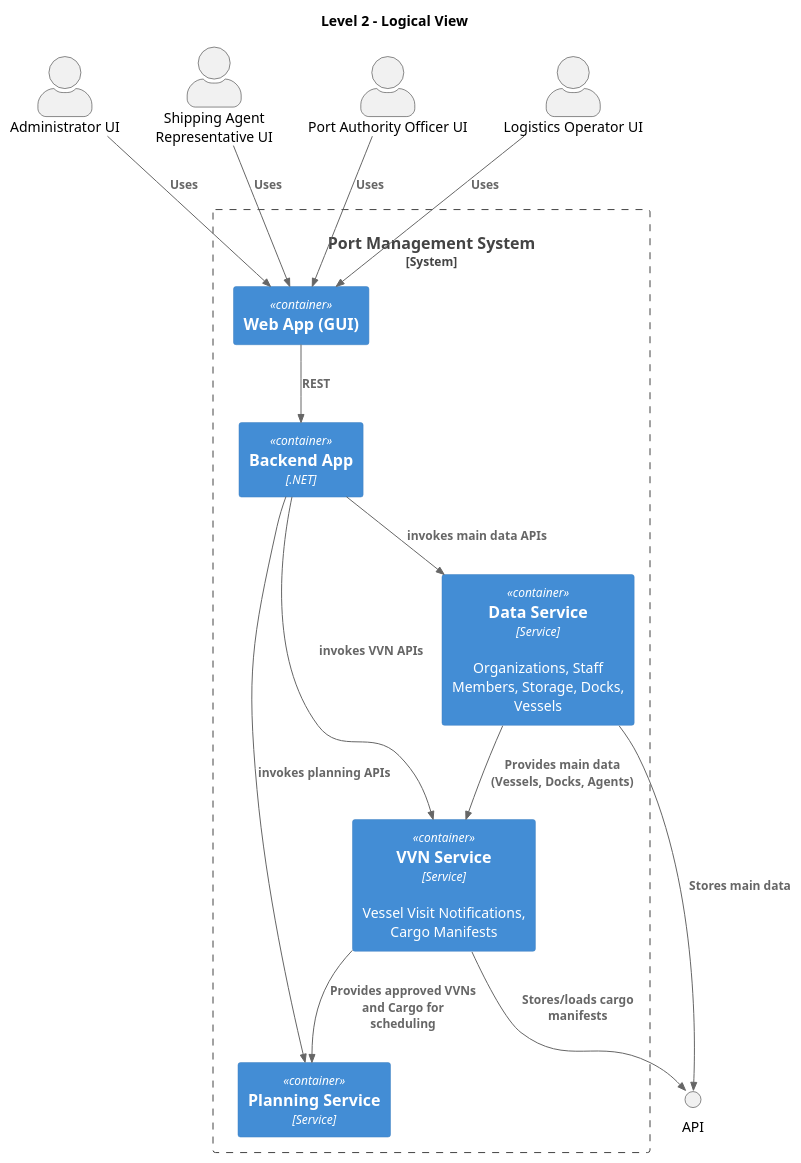
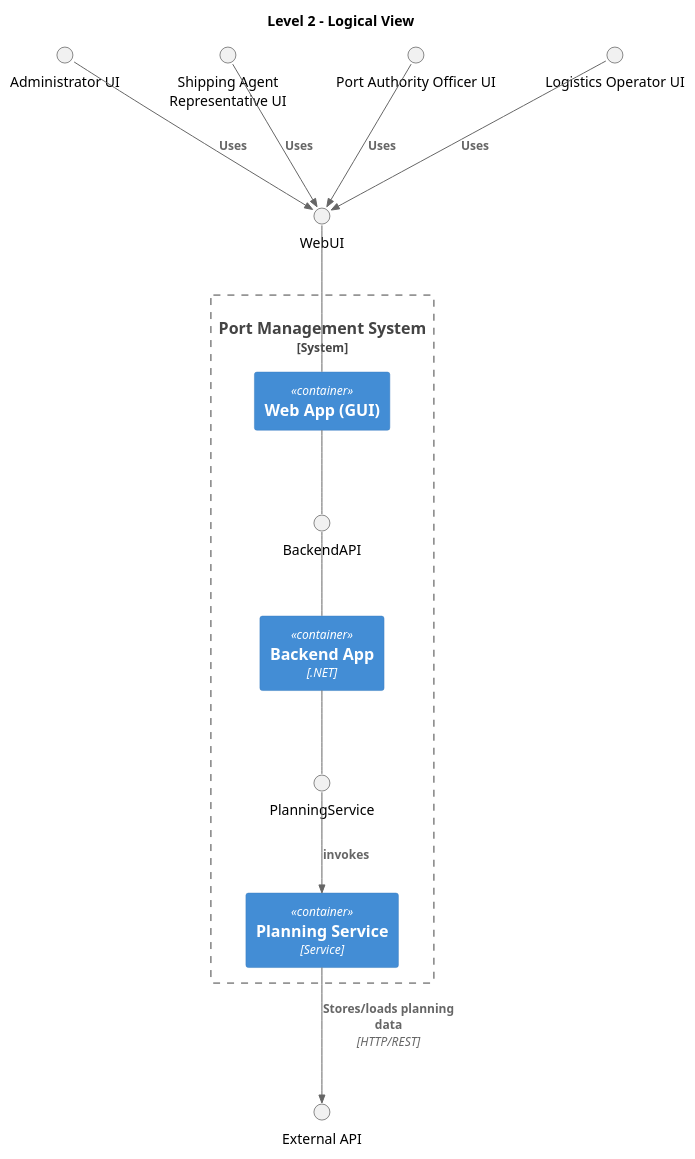
Before and after one commit to Departamento-de-Engenharia-Informatica/LEI-SEM5-PI-2025-26-3DK-04: the diagram in docs/sprint1/level2/logical_view/logical_view.puml, drawn with PlantUML. The commit also changed 9 other files, not shown here.

Commit message:
diagram minor fixes (still not finnished)

```diff
--- a/docs/sprint1/level2/logical_view/logical_view.puml
+++ b/docs/sprint1/level2/logical_view/logical_view.puml
@@ -1,38 +1,41 @@
 @startuml
 !include https://raw.githubusercontent.com/plantuml-stdlib/C4-PlantUML/master/C4_Container.puml
 LAYOUT_TOP_DOWN()
 
 title Level 2 - Logical View
 
-actor admin  as "Administrator UI"
-actor agent   as "Shipping Agent Representative UI"
-actor officer as "Port Authority Officer UI"
-actor operator as "Logistics Operator UI"
-interface "API" as API
+interface admin  as "Administrator UI"
+interface agent   as "Shipping Agent Representative UI"
+interface officer as "Port Authority Officer UI"
+interface operator as "Logistics Operator UI"
+interface "External API" as API
+
+' Interface externa
+interface "WebUI" as webui_interface
 
 System_Boundary(pms, "Port Management System") {
 
+  ' Interfaces internas
+  interface "BackendAPI" as backend_interface
+  interface "PlanningService" as planning_interface
+
   Container(gui, "Web App (GUI)")
   Container(api, "Backend App", ".NET")
-
   Container(planning, "Planning Service", "Service")
-  Container(mdv, "VVN Service", "Service", "Vessel Visit Notifications, Cargo Manifests")
-  Container(mdr, "Data Service", "Service", "Organizations, Staff Members, Storage, Docks, Vessels")
+  
+  ' Ligação das interfaces aos containers
+  gui -up- webui_interface
+  gui -down- backend_interface
+  api -up- backend_interface
+  api -down- planning_interface
 }
 
-Rel(agent, gui, "Uses")
-Rel(officer, gui, "Uses")
-Rel(operator, gui, "Uses")
-Rel(admin, gui, "Uses")
+Rel(agent, webui_interface, "Uses")
+Rel(officer, webui_interface, "Uses")
+Rel(operator, webui_interface, "Uses")
+Rel(admin, webui_interface, "Uses")
 
-Rel(gui, api, "REST")
-Rel(api, planning, "invokes planning APIs")
-Rel(api, mdv, "invokes VVN APIs")
-Rel(api, mdr, "invokes main data APIs")
+Rel(planning_interface, planning, "invokes")
 
-Rel(mdv, planning, "Provides approved VVNs and Cargo for scheduling")
-Rel(mdr, mdv, "Provides main data (Vessels, Docks, Agents)")
-
-Rel(mdv, API, "Stores/loads cargo manifests")
-Rel(mdr, API, "Stores main data")
+Rel(planning, API, "Stores/loads planning data", "HTTP/REST")
 @enduml
```
